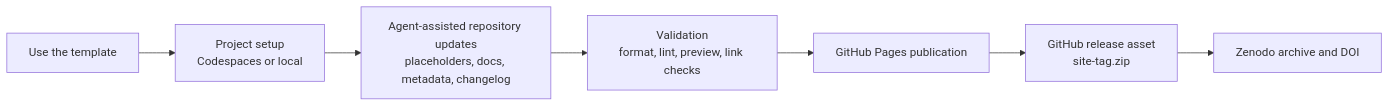
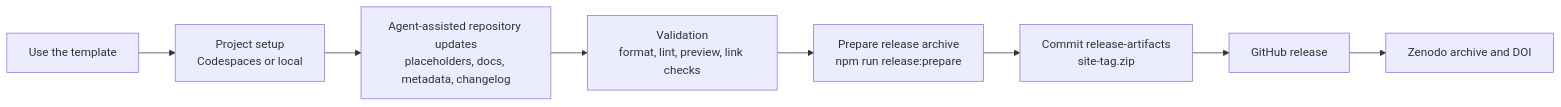
One commit to maehr/open-research-data-template changed the diagram in documentation/agent-release-workflow.qmd. Above: the diagram before and after it, drawn with Mermaid. The commit also changed other lines of this file and 9 other files, not shown here.

Commit message:
docs: enhance release preparation instructions and workflows for Zenodo integration

````diff
--- a/documentation/agent-release-workflow.qmd
+++ b/documentation/agent-release-workflow.qmd
@@ -9,9 +9,10 @@
 ```{mermaid}
 flowchart LR
     A[Use the template] --> B[Project setup<br/>Codespaces or local]
     B --> C[Agent-assisted repository updates<br/>placeholders, docs, metadata, changelog]
     C --> D[Validation<br/>format, lint, preview, link checks]
-    D --> E[GitHub Pages publication]
-    E --> F[GitHub release asset<br/>site-tag.zip]
-    F --> G[Zenodo archive and DOI]
+    D --> E[Prepare release archive<br/>npm run release:prepare]
+    E --> F[Commit release-artifacts<br/>site-tag.zip]
+    F --> G[GitHub release]
+    G --> H[Zenodo archive and DOI]
 ```
````
